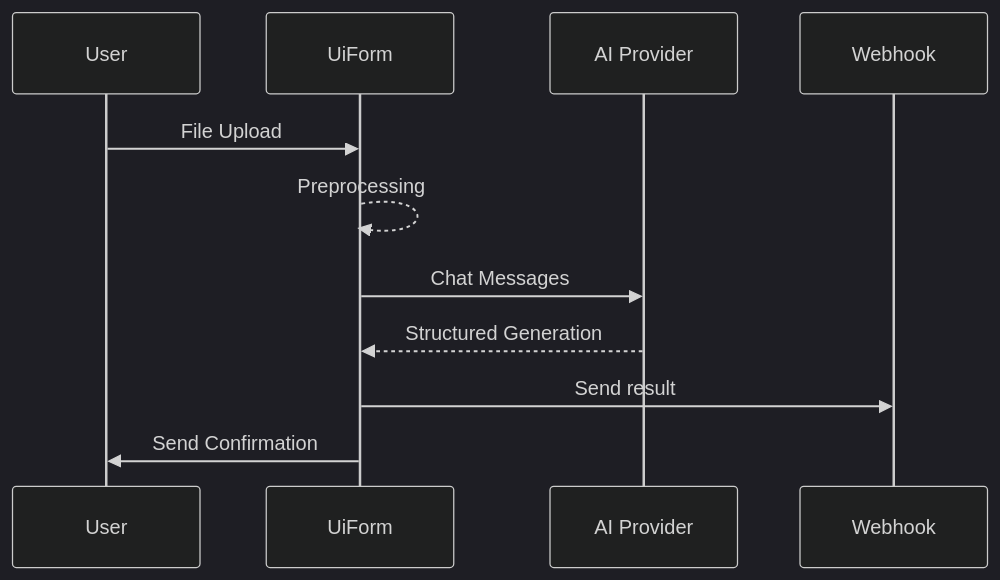
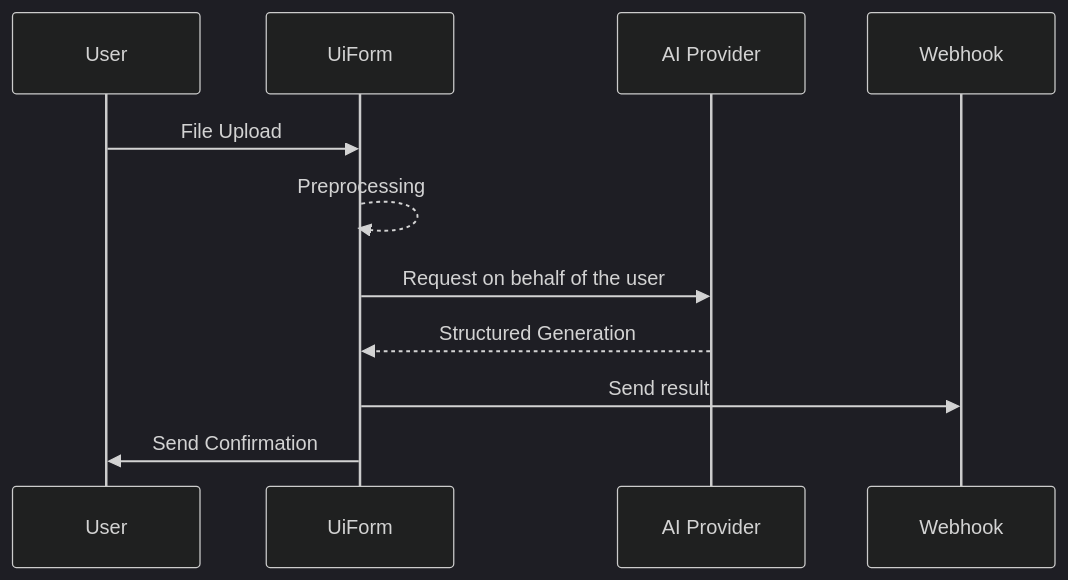
Before and after one commit to retab-dev/docs: the diagram in get-started/introduction.mdx, drawn with Mermaid (dark theme). The commit also changed 11 other files, not shown here.

````diff
--- a/get-started/introduction.mdx
+++ b/get-started/introduction.mdx
@@ -23,9 +23,9 @@
 ```mermaid
 sequenceDiagram
     User ->> UiForm: File Upload
     UiForm -->> UiForm: Preprocessing
-    UiForm ->> AI Provider: Chat Messages
+    UiForm ->> AI Provider: Request on behalf of the user
     AI Provider -->> UiForm:  Structured Generation
     UiForm ->> Webhook: Send result
     UiForm ->> User: Send Confirmation
 ```
````
